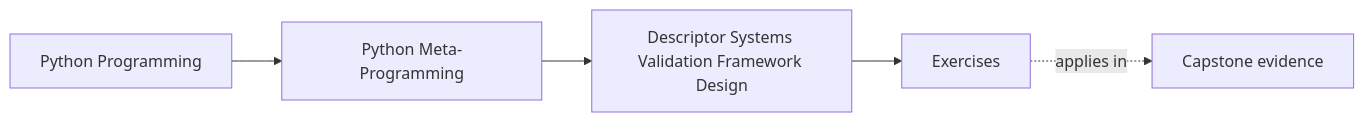
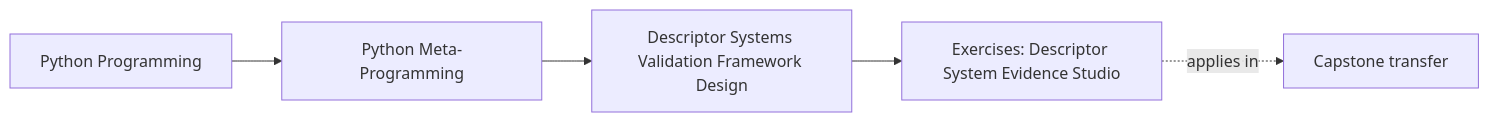
Before and after one commit to bijux/bijux-masterclass: the first of 2 diagrams in programs/python-programming/python-meta-programming/course-book/module-08-descriptor-systems-validation-framework-design/exercises.md, drawn with Mermaid. The commit also changed other lines of this file, not shown here.

Commit message:
docs(module-08): replace prompts with an evidence studio

````diff
--- a/programs/python-programming/python-meta-programming/course-book/module-08-descriptor-systems-validation-framework-design/exercises.md
+++ b/programs/python-programming/python-meta-programming/course-book/module-08-descriptor-systems-validation-framework-design/exercises.md
@@ -7,11 +6,11 @@
 ```mermaid
 graph LR
   family["Python Programming"]
   program["Python Meta-Programming"]
   section["Descriptor Systems Validation Framework Design"]
-  page["Exercises"]
-  capstone["Capstone evidence"]
+  page["Exercises: Descriptor System Evidence Studio"]
+  capstone["Capstone transfer"]
 
   family --> program --> section --> page
   page -.applies in.-> capstone
 ```
````
